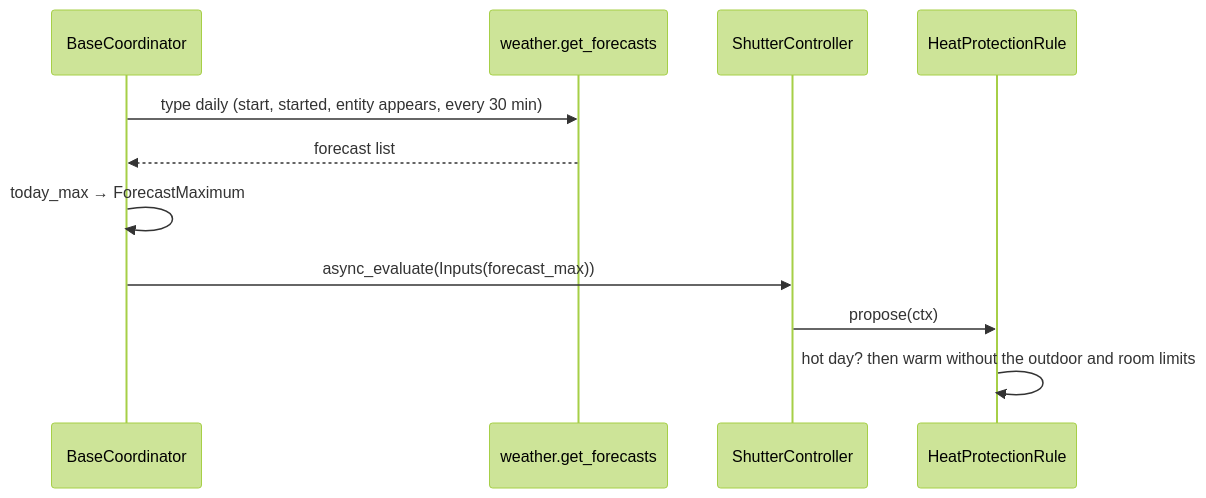
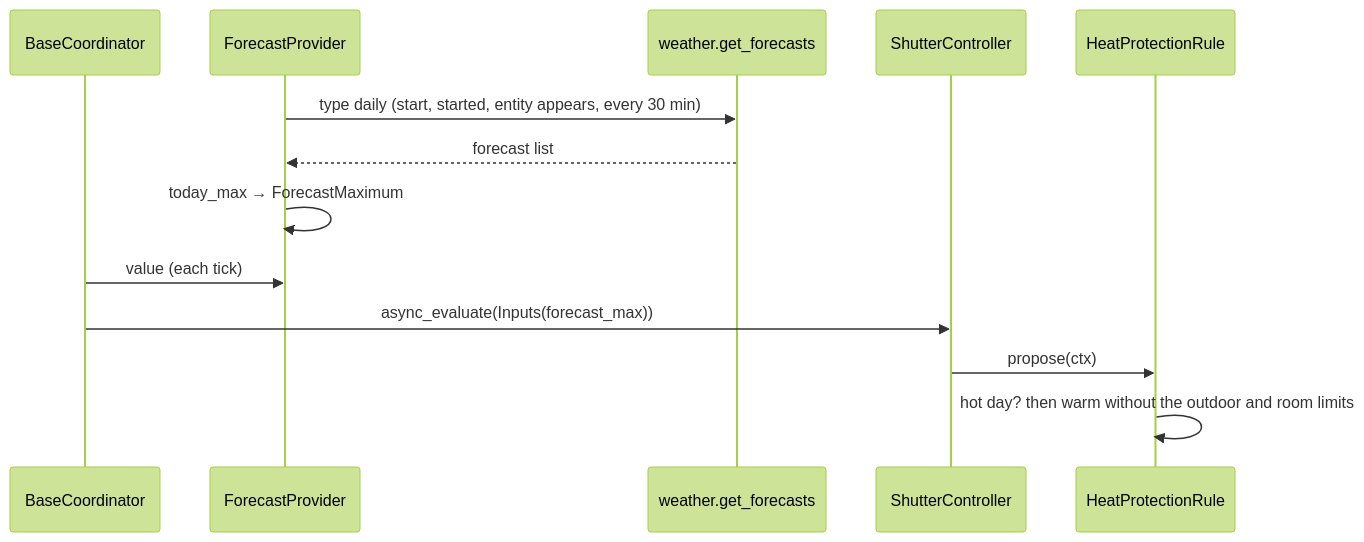
Before and after one commit to abroeders/smart-shutter-control: diagram 37 of 46 in docs/architecture.md, drawn with Mermaid (forest theme). The commit also changed other lines of this file and 35 other files, not shown here.

````diff
--- a/docs/architecture.md
+++ b/docs/architecture.md
@@ -1295,13 +1305,15 @@
 ```mermaid
 sequenceDiagram
     participant C as BaseCoordinator
+    participant F as ForecastProvider
     participant W as weather.get_forecasts
     participant SC as ShutterController
     participant H as HeatProtectionRule
-    C->>W: type daily (start, started, entity appears, every 30 min)
-    W-->>C: forecast list
-    C->>C: today_max → ForecastMaximum
+    F->>W: type daily (start, started, entity appears, every 30 min)
+    W-->>F: forecast list
+    F->>F: today_max → ForecastMaximum
+    C->>F: value (each tick)
     C->>SC: async_evaluate(Inputs(forecast_max))
     SC->>H: propose(ctx)
     H->>H: hot day? then warm without the outdoor and room limits
 ```
````
